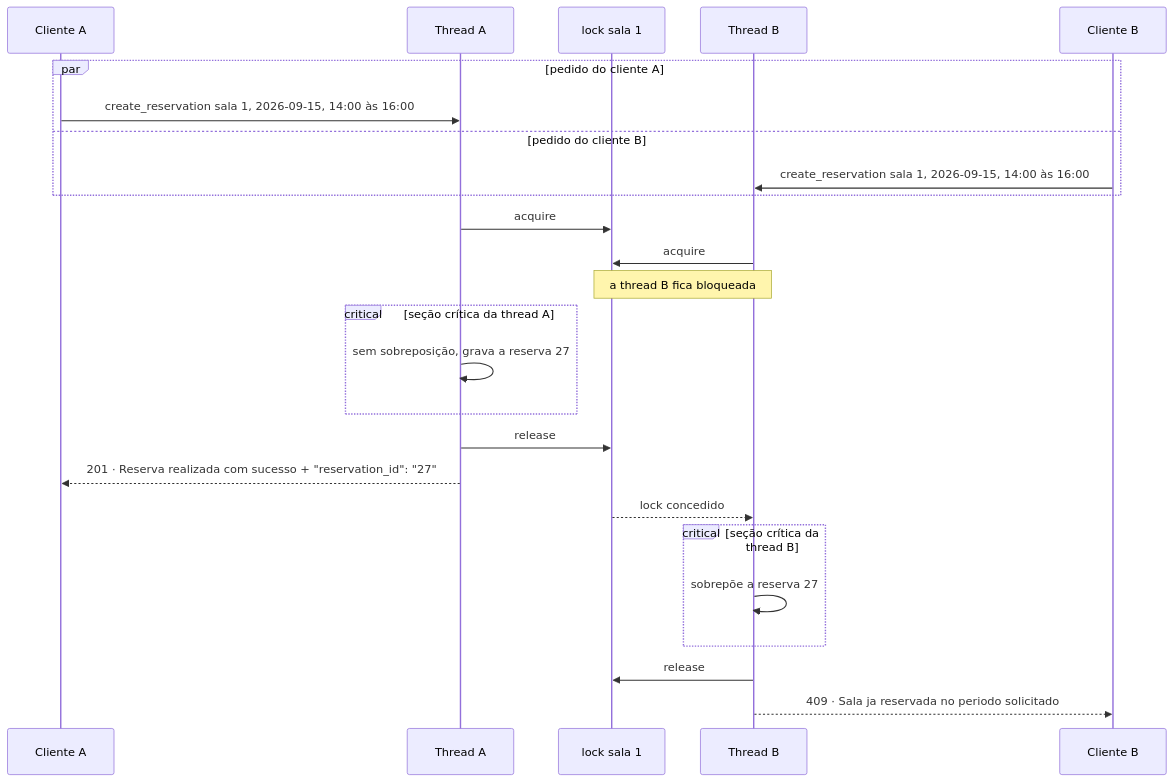
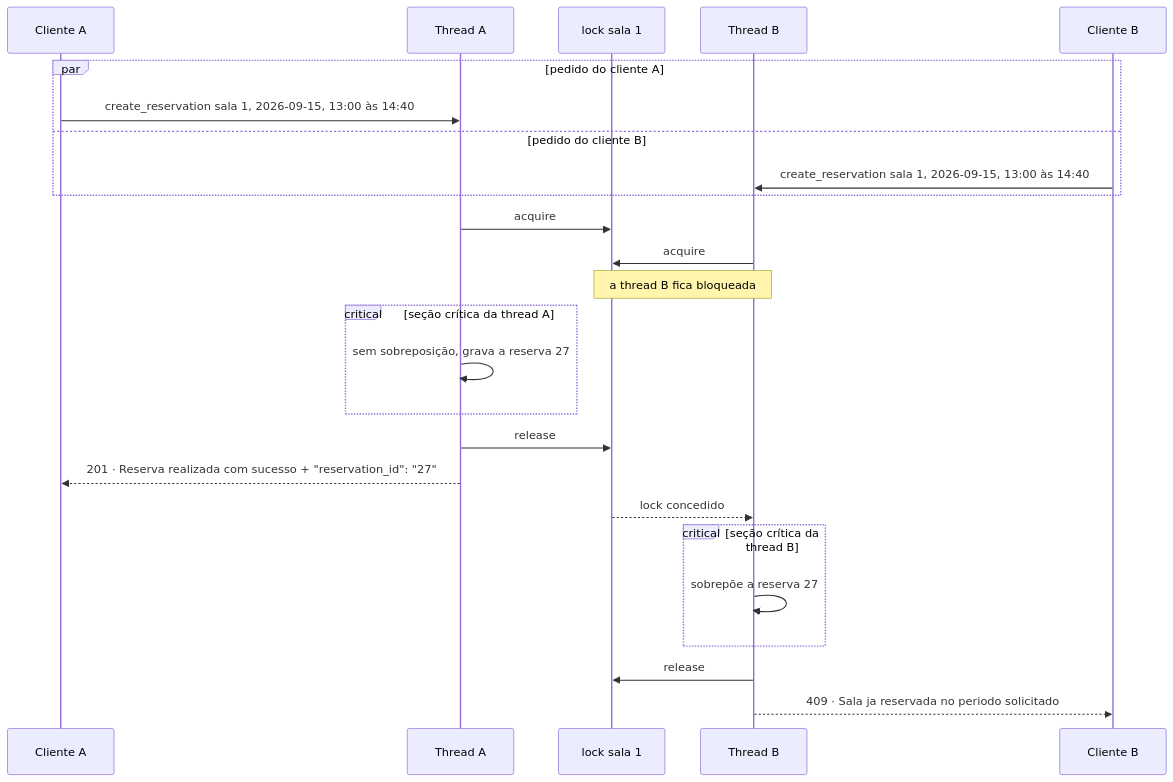
The third of 3 diagrams in README.md (pedrosalvatori/protocolo-reserva-salas), drawn with Mermaid before and after one commit. The commit also changed other lines of this file and 7 other files, not shown here.

````diff
--- a/README.md
+++ b/README.md
@@ -150,27 +151,27 @@
 ```mermaid
 sequenceDiagram
   participant A as Cliente A
   participant TA as Thread A
   participant L as lock sala 1
   participant TB as Thread B
   participant B as Cliente B
   par pedido do cliente A
-    A->>TA: create_reservation sala 1, 2026-09-15, 14:00 às 16:00
+    A->>TA: create_reservation sala 1, 2026-09-15, 13:00 às 14:40
   and pedido do cliente B
-    B->>TB: create_reservation sala 1, 2026-09-15, 14:00 às 16:00
+    B->>TB: create_reservation sala 1, 2026-09-15, 13:00 às 14:40
   end
   TA->>L: acquire
   TB->>L: acquire
   Note over TB,L: a thread B fica bloqueada
   critical seção crítica da thread A
     TA->>TA: sem sobreposição, grava a reserva 27
   end
   TA->>L: release
   TA-->>A: 201 · Reserva realizada com sucesso + "reservation_id": "27"
   L-->>TB: lock concedido
   critical seção crítica da thread B
     TB->>TB: sobrepõe a reserva 27
   end
   TB->>L: release
   TB-->>B: 409 · Sala ja reservada no periodo solicitado
 ```
````
